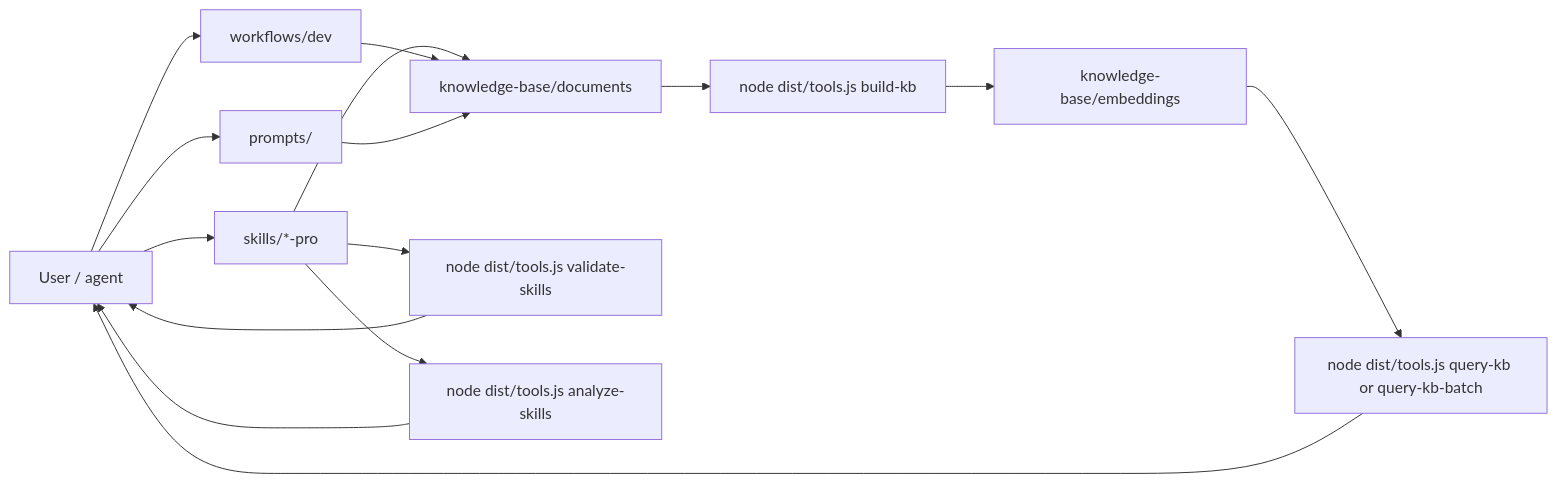
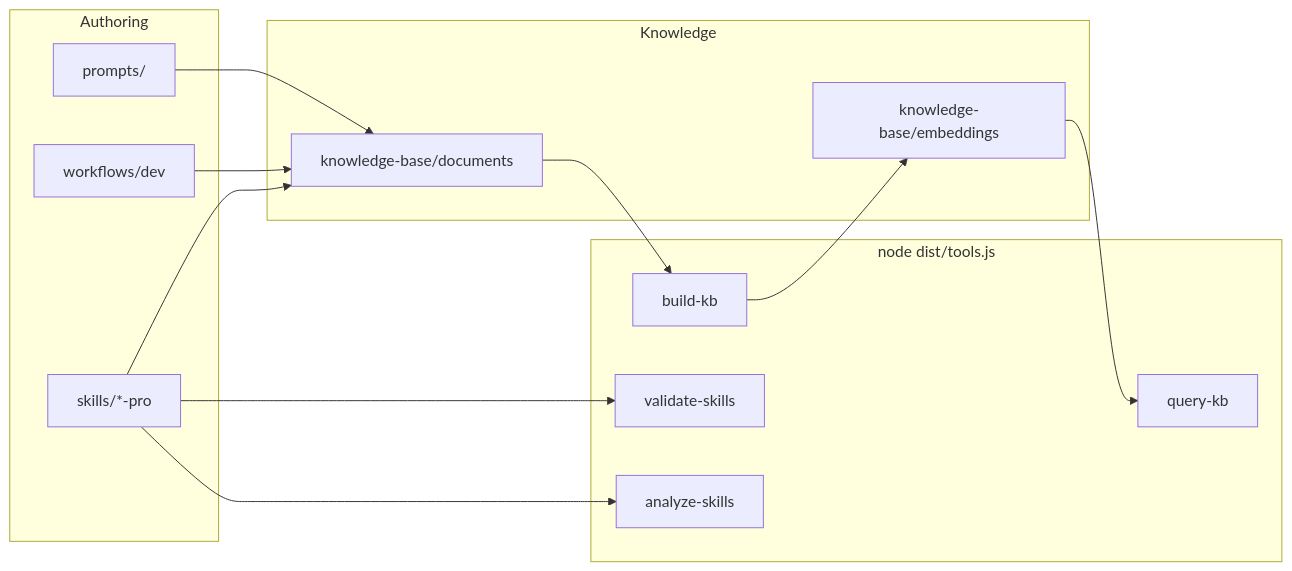
The diagram in README.md (truongnat/skills), drawn with Mermaid before and after one commit. The commit also changed other lines of this file and 1 other file, not shown here.

First line of the commit message:
docs: refresh root and skills README for clarity

````diff
--- a/README.md
+++ b/README.md
@@ -62,20 +65,31 @@
 ```mermaid
 flowchart LR
-  USER[User / agent] --> SKILLS[skills/*-pro]
-  USER --> WF[workflows/dev]
-  USER --> PROMPTS[prompts/]
+  subgraph Authoring
+    SKILLS[skills/*-pro]
+    WF[workflows/dev]
+    PROMPTS[prompts/]
+  end
 
-  SKILLS --> DOCS[knowledge-base/documents]
+  subgraph Knowledge
+    DOCS[knowledge-base/documents]
+    EMB[knowledge-base/embeddings]
+  end
+
+  subgraph CLI["node dist/tools.js"]
+    BUILD[build-kb]
+    QUERY[query-kb]
+    VALID[validate-skills]
+    ANALYZE[analyze-skills]
+  end
+
+  SKILLS --> DOCS
   WF --> DOCS
   PROMPTS --> DOCS
 
-  DOCS --> BUILD[node dist/tools.js build-kb]
-  BUILD --> EMB[knowledge-base/embeddings]
-  EMB --> QUERY[node dist/tools.js query-kb or query-kb-batch]
-  QUERY --> USER
+  DOCS --> BUILD
+  BUILD --> EMB
+  EMB --> QUERY
 
-  SKILLS --> VALIDATE[node dist/tools.js validate-skills]
-  SKILLS --> ANALYZE[node dist/tools.js analyze-skills]
-  VALIDATE --> USER
-  ANALYZE --> USER
+  SKILLS --> VALID
+  SKILLS --> ANALYZE
 ```
````
